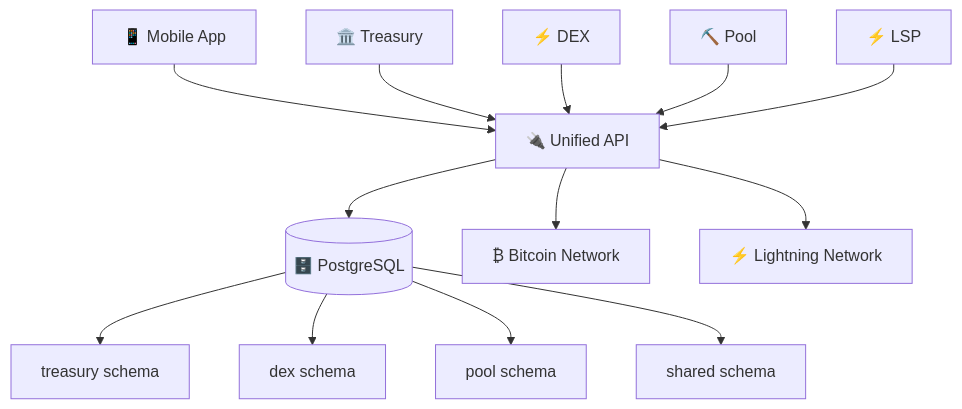
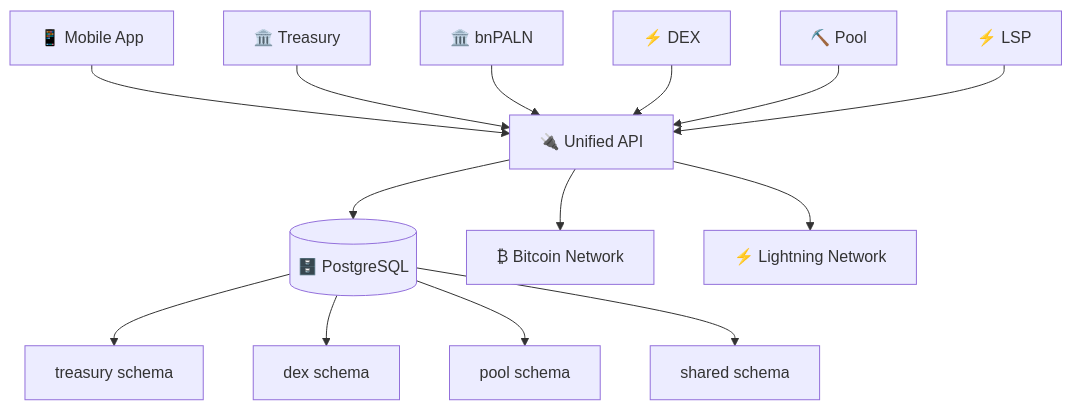
One commit to BlockSavvy/blgv-docs-production changed the diagram in docs/quick-start.md. Above: the diagram before and after it, drawn with Mermaid. The commit also changed other lines of this file and 6 other files, not shown here.

````diff
--- a/docs/quick-start.md
+++ b/docs/quick-start.md
@@ -19,17 +20,18 @@
 ```mermaid
 graph TB
     Mobile[📱 Mobile App] --> API[🔌 Unified API]
     Treasury[🏛️ Treasury] --> API
+    bnPALN[🏛️ bnPALN] --> API
     DEX[⚡ DEX] --> API
     Pool[⛏️ Pool] --> API
     LSP[⚡ LSP] --> API
     
     API --> DB[(🗄️ PostgreSQL)]
     API --> BTC[₿ Bitcoin Network]
     API --> LN[⚡ Lightning Network]
     
     DB --> Schema1[treasury schema]
     DB --> Schema2[dex schema]
     DB --> Schema3[pool schema]
     DB --> Schema4[shared schema]
 ```
````
